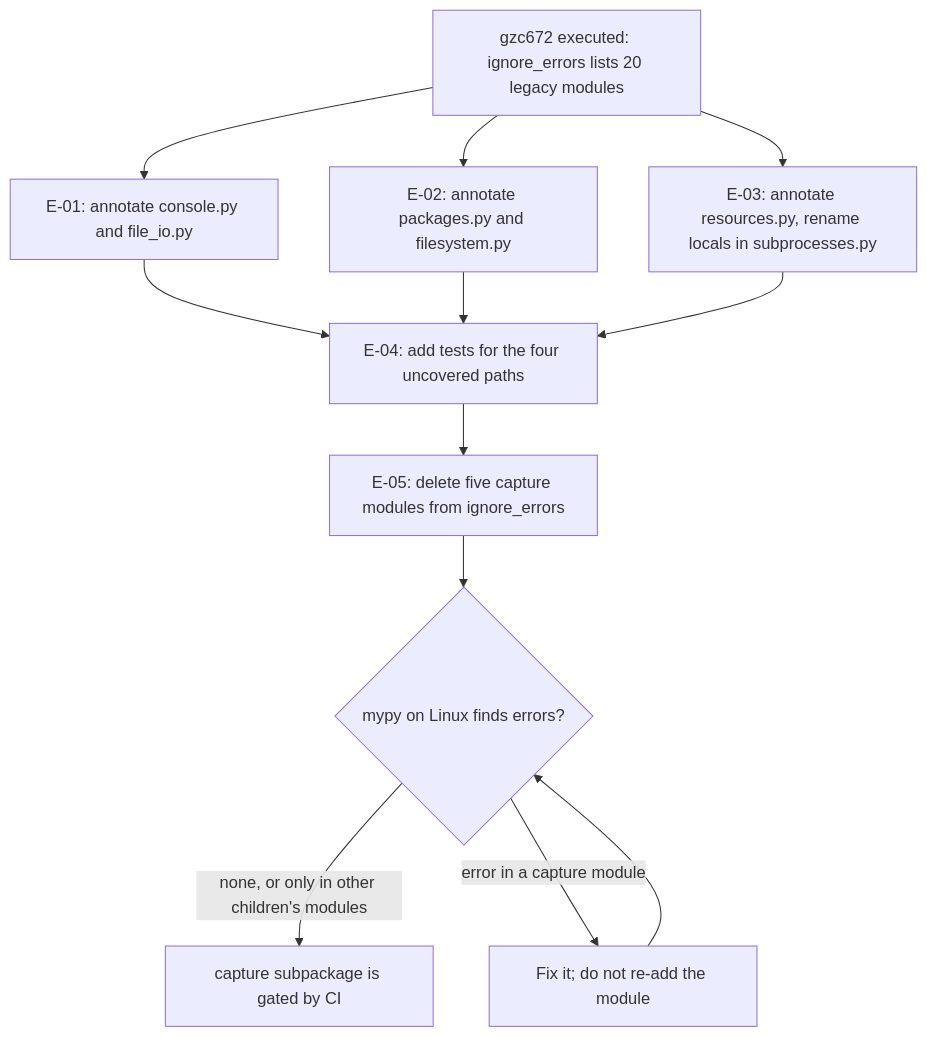
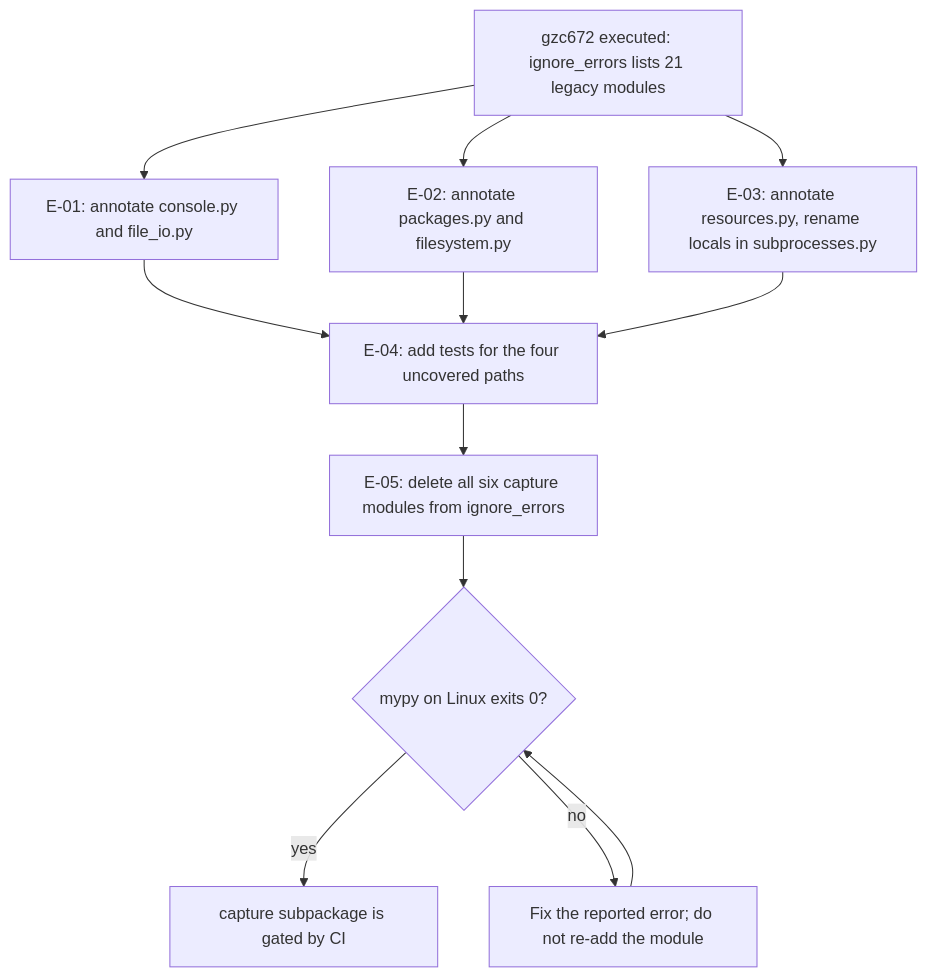
The diagram in .aw/records/plans/pending/20261124-rand-mypy-04-k6fs5k-clear-mypy-errors-in-capture-modules.ipd.md (fariello/pubrun), drawn with Mermaid before and after one commit. The commit also changed other lines of this file and 1 other file, not shown here.

````diff
--- a/.aw/records/plans/pending/20261124-rand-mypy-04-k6fs5k-clear-mypy-errors-in-capture-modules.ipd.md
+++ b/.aw/records/plans/pending/20261124-rand-mypy-04-k6fs5k-clear-mypy-errors-in-capture-modules.ipd.md
@@ -35,14 +38,14 @@
 ```mermaid
 flowchart TD
-    A["gzc672 executed: ignore_errors lists 20 legacy modules"] --> B["E-01: annotate console.py and file_io.py"]
+    A["gzc672 executed: ignore_errors lists 21 legacy modules"] --> B["E-01: annotate console.py and file_io.py"]
     A --> C["E-02: annotate packages.py and filesystem.py"]
     A --> D["E-03: annotate resources.py, rename locals in subprocesses.py"]
     B --> E["E-04: add tests for the four uncovered paths"]
     C --> E
     D --> E
-    E --> F["E-05: delete five capture modules from ignore_errors"]
-    F --> G{"mypy on Linux finds errors?"}
-    G -->|"none, or only in other children's modules"| H["capture subpackage is gated by CI"]
-    G -->|"error in a capture module"| I["Fix it; do not re-add the module"]
+    E --> F["E-05: delete all six capture modules from ignore_errors"]
+    F --> G{"mypy on Linux exits 0?"}
+    G -->|yes| H["capture subpackage is gated by CI"]
+    G -->|no| I["Fix the reported error; do not re-add the module"]
     I --> G
 ```
````
